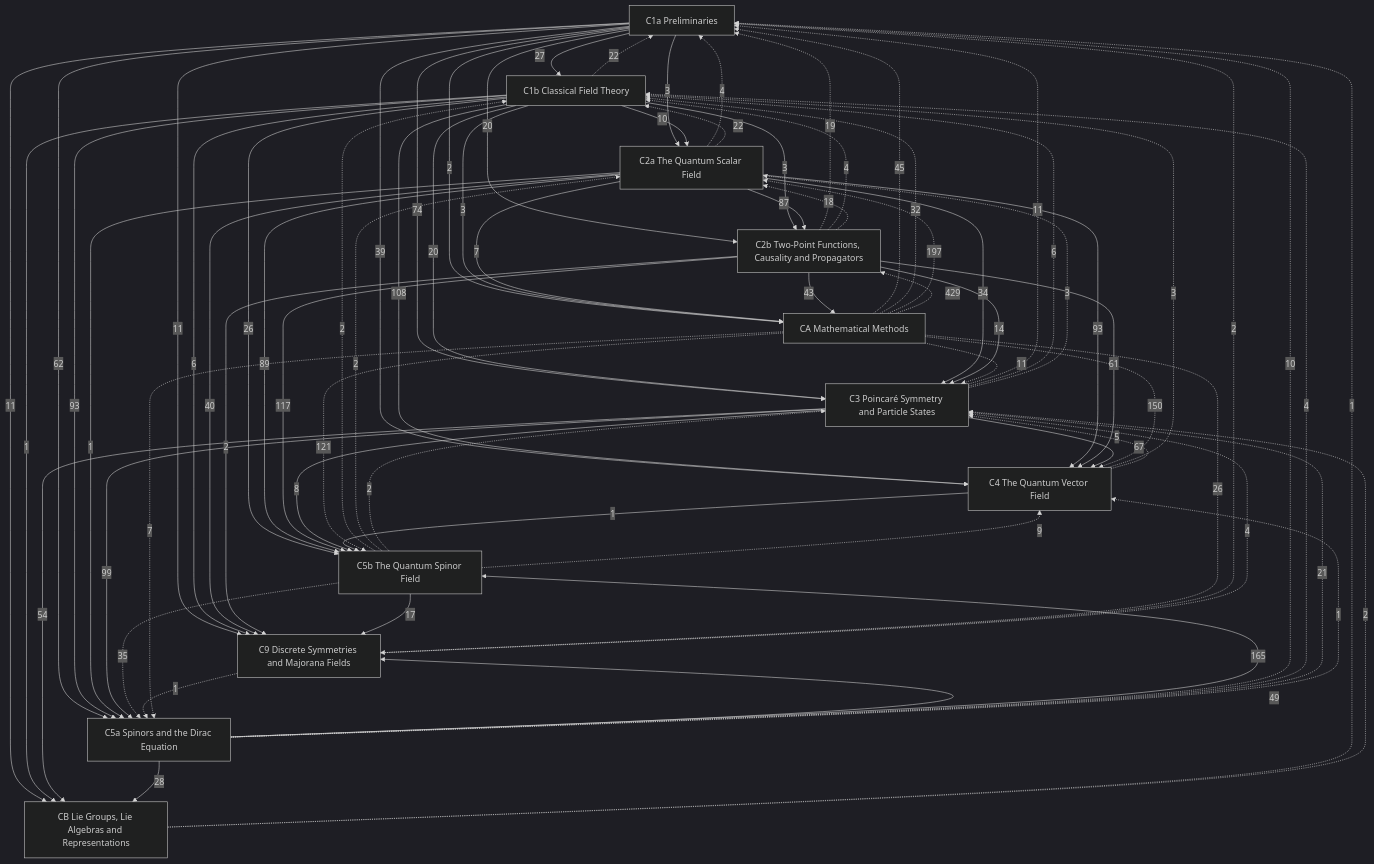
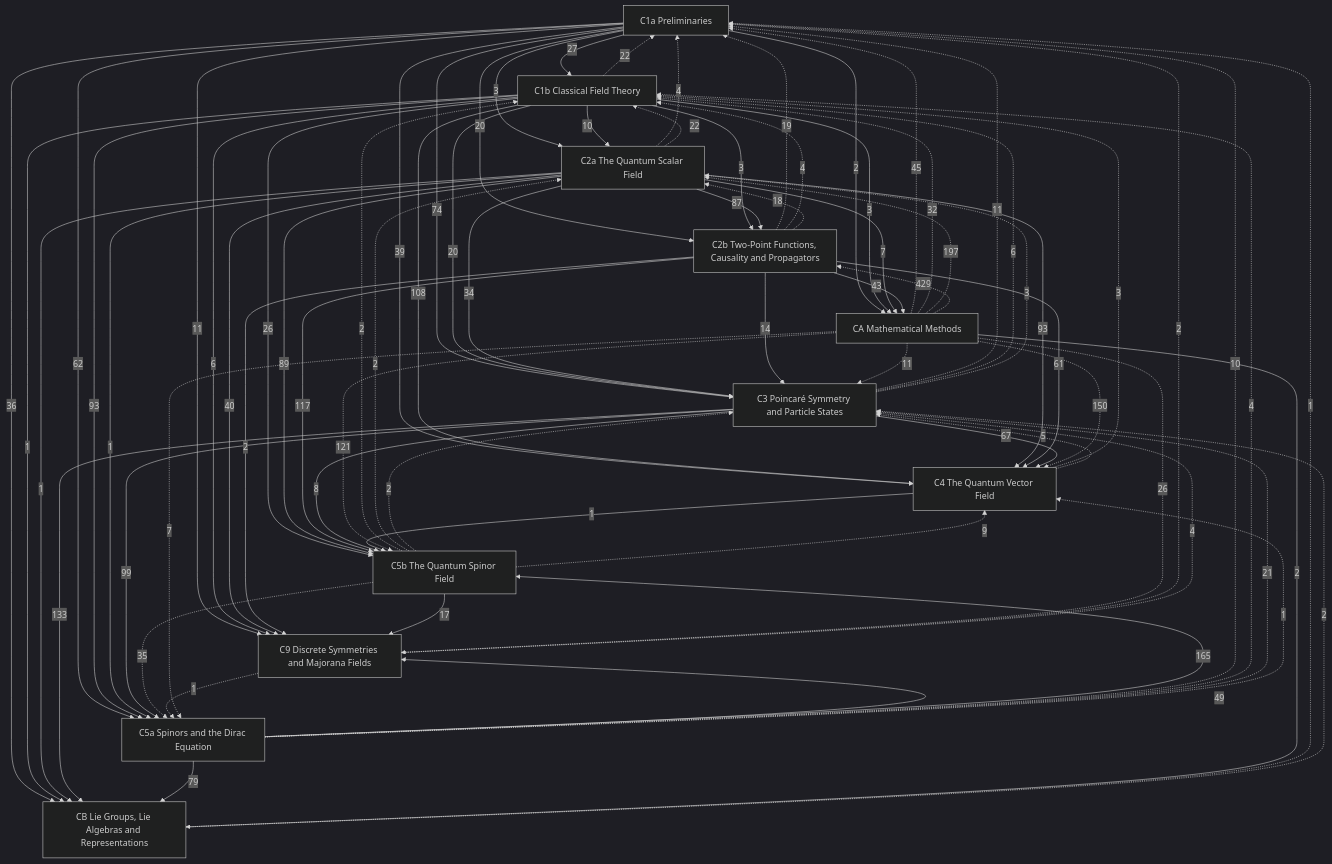
The diagram in Physics/Quantum Field Theory/Quantum Field Theory.md (Onion20040508/notes), drawn with Mermaid (dark theme) before and after one commit. The commit also changed other lines of this file and 44 other files, not shown here.

```diff
--- a/Physics/Quantum Field Theory/Quantum Field Theory.md
+++ b/Physics/Quantum Field Theory/Quantum Field Theory.md
@@ -75,10 +75,12 @@
   C1b -->|3| CA
   C2a -->|7| CA
   C2b -->|43| CA
-  C1a -->|11| CB
+  C1a -->|36| CB
   C1b -->|1| CB
-  C3 -->|54| CB
-  C5a -->|28| CB
+  C2a -->|1| CB
+  C3 -->|133| CB
+  C5a -->|79| CB
+  CA -->|2| CB
   C1b -.->|22| C1a
   C2a -.->|4| C1a
   C2b -.->|19| C1a
```
